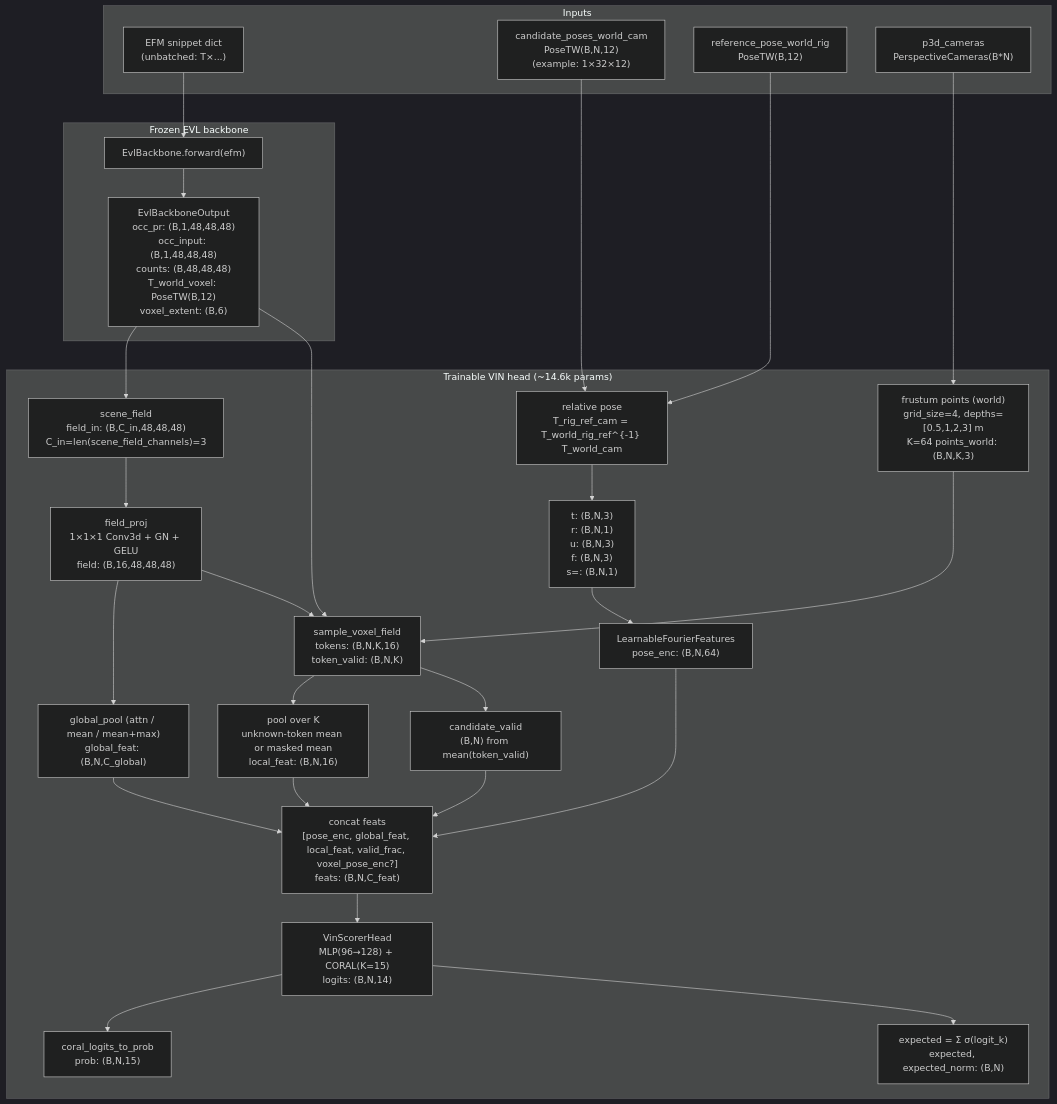
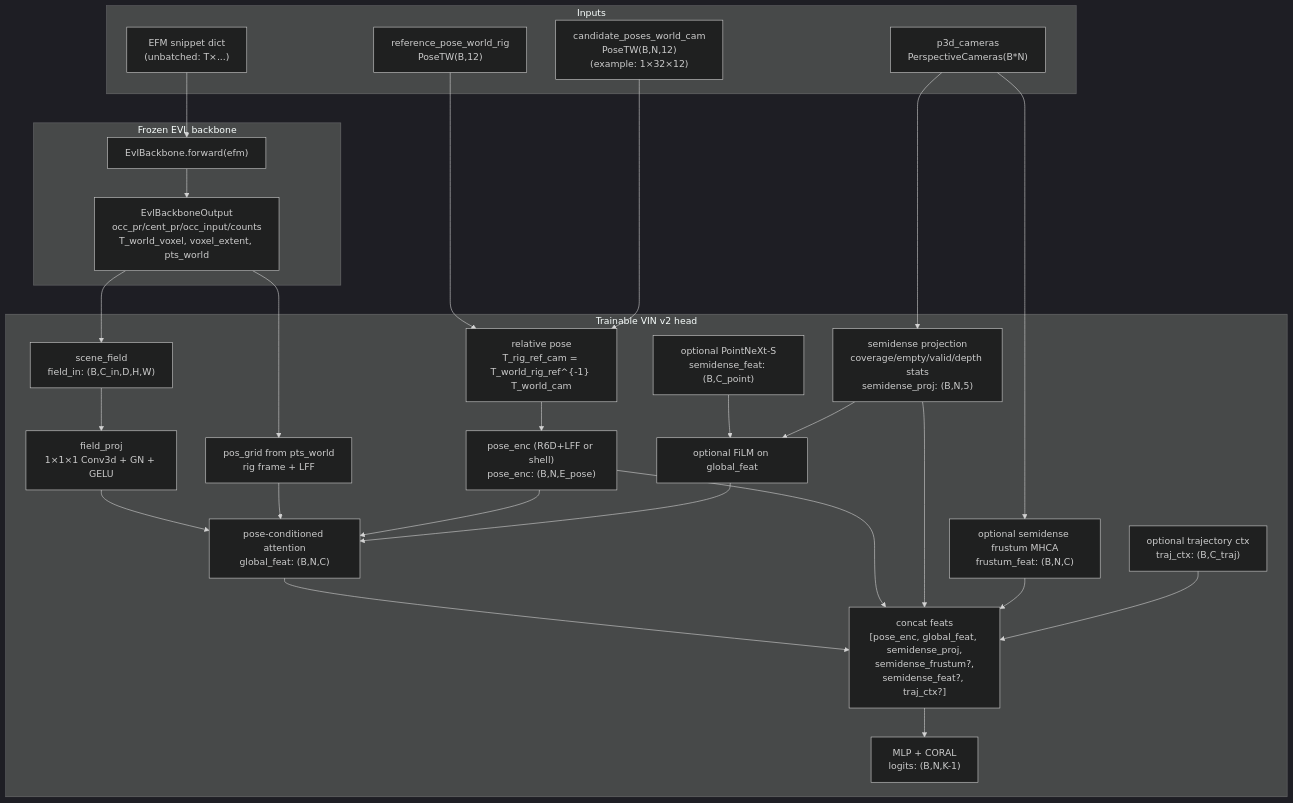
One commit to JanDuchscherer104/ARIA-NBV changed the second of 2 diagrams in docs/contents/impl/vin_nbv.qmd. Above: the diagram before and after it, drawn with Mermaid (dark theme). The commit also changed other lines of this file and 41 other files, not shown here.

````diff
--- a/docs/contents/impl/vin_nbv.qmd
+++ b/docs/contents/impl/vin_nbv.qmd
@@ -594,45 +662,46 @@
 ```{mermaid}
 flowchart TD
     subgraph In["Inputs"]
         efm["EFM snippet dict<br/>(unbatched: T×...)"]
         cand["candidate_poses_world_cam<br/>PoseTW(B,N,12)<br/>(example: 1×32×12)"]
         ref["reference_pose_world_rig<br/>PoseTW(B,12)"]
         p3d["p3d_cameras<br/>PerspectiveCameras(B*N)"]
     end
 
     subgraph Frozen["Frozen EVL backbone"]
         evl["EvlBackbone.forward(efm)"]
-        out["EvlBackboneOutput<br/>occ_pr: (B,1,48,48,48)<br/>occ_input: (B,1,48,48,48)<br/>counts: (B,48,48,48)<br/>T_world_voxel: PoseTW(B,12)<br/>voxel_extent: (B,6)"]
+        out["EvlBackboneOutput<br/>occ_pr/cent_pr/occ_input/counts<br/>T_world_voxel, voxel_extent, pts_world"]
     end
 
-    subgraph VIN["Trainable VIN head (~14.6k params)"]
-        field_in["scene_field<br/>field_in: (B,C_in,48,48,48)<br/>C_in=len(scene_field_channels)=3"]
-        proj["field_proj<br/>1×1×1 Conv3d + GN + GELU<br/>field: (B,16,48,48,48)"]
-        gpool["global_pool (attn / mean / mean+max)<br/>global_feat: (B,N,C_global)"]
+    subgraph VIN["Trainable VIN v2 head"]
+        field_in["scene_field<br/>field_in: (B,C_in,D,H,W)"]
+        proj["field_proj<br/>1×1×1 Conv3d + GN + GELU"]
+        pos["pos_grid from pts_world<br/>rig frame + LFF"]
+        gpool["pose-conditioned attention<br/>global_feat: (B,N,C)"]
 
         rel["relative pose<br/>T_rig_ref_cam = T_world_rig_ref^{-1} T_world_cam"]
-        posefeat["t: (B,N,3)<br/>r: (B,N,1)<br/>u: (B,N,3)<br/>f: (B,N,3)<br/>s=<f,-u>: (B,N,1)"]
-        poseenc["LearnableFourierFeatures<br/>pose_enc: (B,N,64)"]
+        poseenc["pose_enc (R6D+LFF or shell)<br/>pose_enc: (B,N,E_pose)"]
 
-        frustum["frustum points (world)<br/>grid_size=4, depths=[0.5,1,2,3] m<br/>K=64 points_world: (B,N,K,3)"]
-        sample["sample_voxel_field<br/>tokens: (B,N,K,16)<br/>token_valid: (B,N,K)"]
-        lpool["pool over K<br/>unknown-token mean or masked mean<br/>local_feat: (B,N,16)"]
-        cvalid["candidate_valid<br/>(B,N) from mean(token_valid)"]
+        semproj["semidense projection<br/>coverage/empty/valid/depth stats<br/>semidense_proj: (B,N,5)"]
+        semfrustum["optional semidense frustum MHCA<br/>frustum_feat: (B,N,C)"]
+        semfeat["optional PointNeXt-S<br/>semidense_feat: (B,C_point)"]
+        traj["optional trajectory ctx<br/>traj_ctx: (B,C_traj)"]
+        film["optional FiLM on global_feat"]
 
-        concat["concat feats<br/>[pose_enc, global_feat, local_feat, valid_frac, voxel_pose_enc?]<br/>feats: (B,N,C_feat)"]
-        head["VinScorerHead<br/>MLP(96→128) + CORAL(K=15)<br/>logits: (B,N,14)"]
-        prob["coral_logits_to_prob<br/>prob: (B,N,15)"]
-        exp["expected = Σ σ(logit_k)<br/>expected, expected_norm: (B,N)"]
+        concat["concat feats<br/>[pose_enc, global_feat, semidense_proj,<br/> semidense_frustum?, semidense_feat?, traj_ctx?]"]
+        head["MLP + CORAL<br/>logits: (B,N,K-1)"]
     end
 
     efm --> evl --> out
     out --> field_in --> proj --> gpool --> concat
+    out --> pos --> gpool
     ref --> rel
-    cand --> rel --> posefeat --> poseenc --> concat
-    p3d --> frustum --> sample
-    proj --> sample
-    out --> sample --> lpool --> concat
-    sample --> cvalid --> concat
-    concat --> head --> prob
-    head --> exp
+    cand --> rel --> poseenc --> gpool
+    poseenc --> concat
+    p3d --> semproj --> concat
+    p3d --> semfrustum --> concat
+    semfeat --> film --> gpool
+    semproj --> film
+    traj --> concat
+    concat --> head
 ```
````
